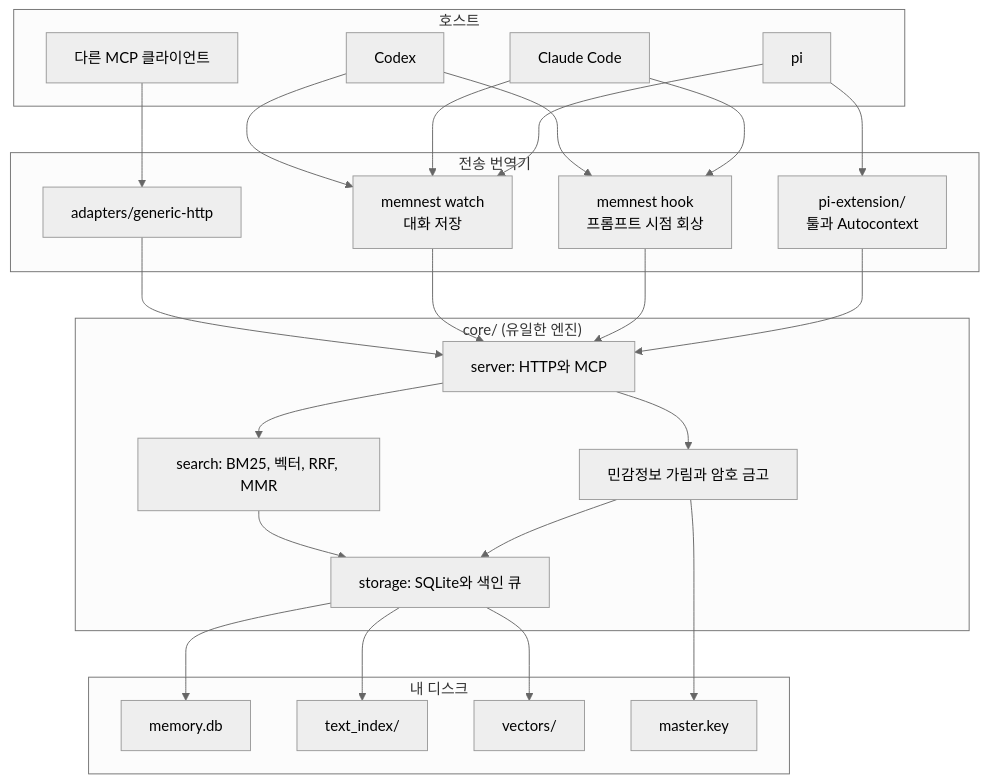
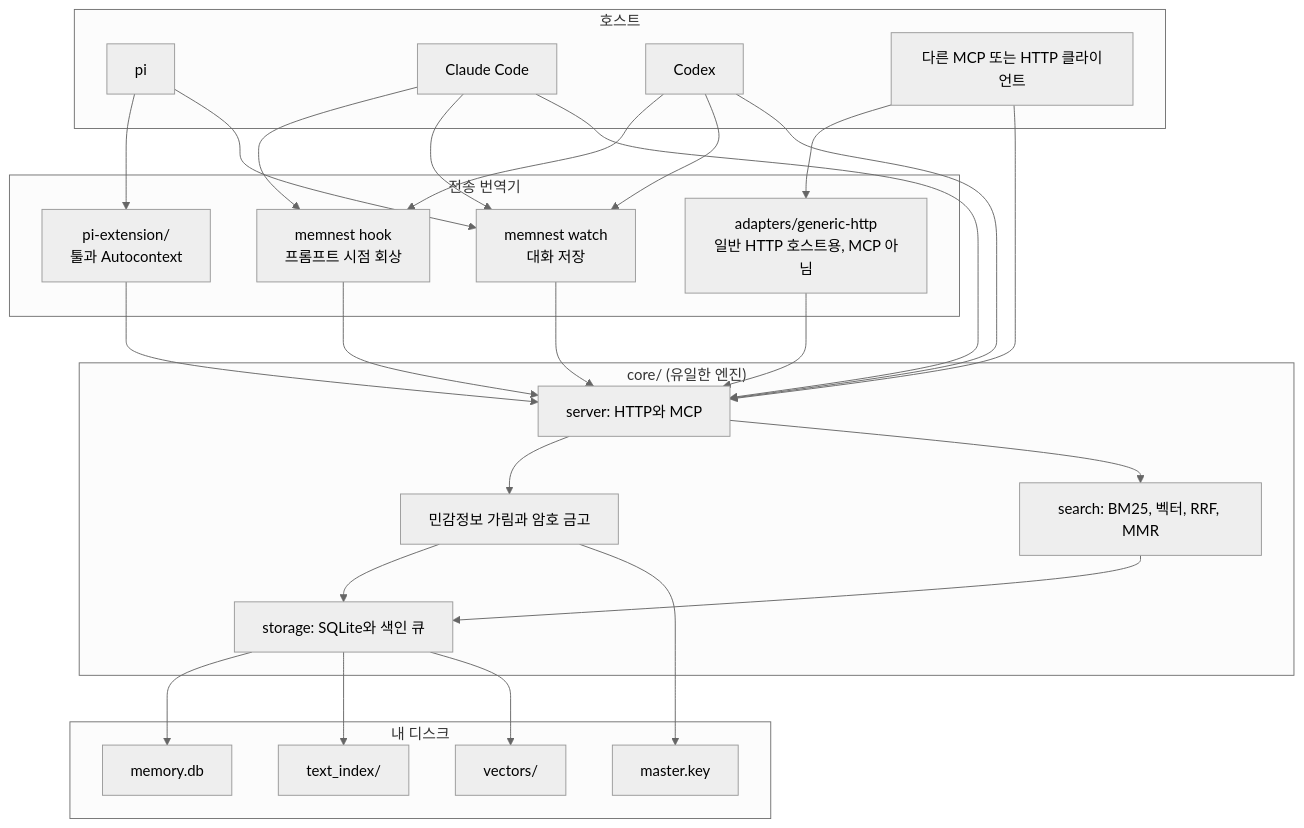
One commit to Blue-B/memnest changed the second of 2 diagrams in README.ko.md. Above: the diagram before and after it, drawn with Mermaid (neutral theme). The commit also changed other lines of this file and 6 other files, not shown here.

First line of the commit message:
docs: correct the README against the code, redraw the architecture diagrams

````diff
--- a/README.ko.md
+++ b/README.ko.md
@@ -261,52 +328,55 @@
 ```mermaid
 flowchart TB
     subgraph hosts["호스트"]
         H1["pi"]
         H2["Claude Code"]
         H3["Codex"]
-        H4["다른 MCP 클라이언트"]
+        H4["다른 MCP 또는 HTTP 클라이언트"]
     end
 
     subgraph bridges["전송 번역기"]
         B1["pi-extension/<br/>툴과 Autocontext"]
         B2["memnest hook<br/>프롬프트 시점 회상"]
         B3["memnest watch<br/>대화 저장"]
-        B4["adapters/generic-http"]
+        B4["adapters/generic-http<br/>일반 HTTP 호스트용, MCP 아님"]
     end
 
     subgraph engine["core/ (유일한 엔진)"]
         C1["server: HTTP와 MCP"]
         C2["민감정보 가림과 암호 금고"]
         C3["search: BM25, 벡터, RRF, MMR"]
         C4["storage: SQLite와 색인 큐"]
     end
 
     subgraph disk["내 디스크"]
         D1["memory.db"]
         D2["text_index/"]
         D3["vectors/"]
         D4["master.key"]
     end
 
     H1 --> B1
     H2 --> B2
     H3 --> B2
     H4 --> B4
     H1 --> B3
     H2 --> B3
     H3 --> B3
+    H2 --> C1
+    H3 --> C1
+    H4 --> C1
 
     B1 --> C1
     B2 --> C1
     B3 --> C1
     B4 --> C1
 
     C1 --> C2
     C2 --> C4
     C1 --> C3
     C3 --> C4
     C4 --> D1
     C4 --> D2
     C4 --> D3
     C2 --> D4
 ```
````
